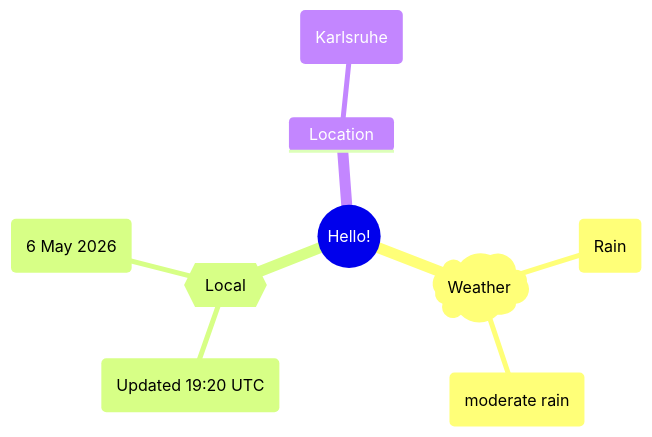
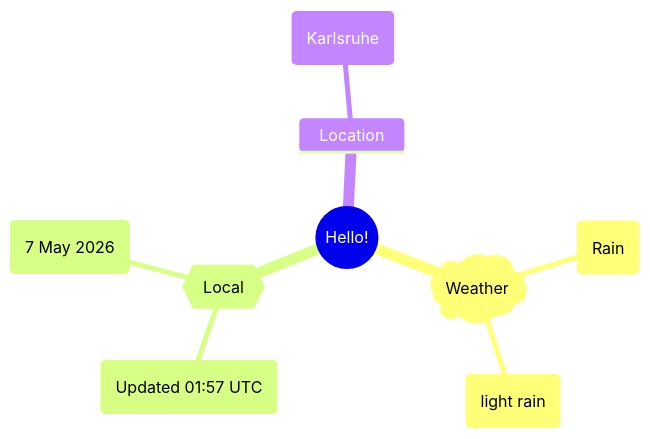
Before and after one commit to Xosrov/Xosrov: the first of 2 diagrams in README.md, drawn with Mermaid.

Commit message:
[bot] updated images

````diff
--- a/README.md
+++ b/README.md
@@ -3,12 +3,12 @@
 ```mermaid
 mindmap
   root((Hello!))
     )Weather(
         (Rain)
-        (moderate rain)
+        (light rain)
     {{Local}}
-        (Updated 19:20 UTC)
-        (6 May 2026)
+        (Updated 01:57 UTC)
+        (7 May 2026)
     Location
         (Karlsruhe)
 ```
````
